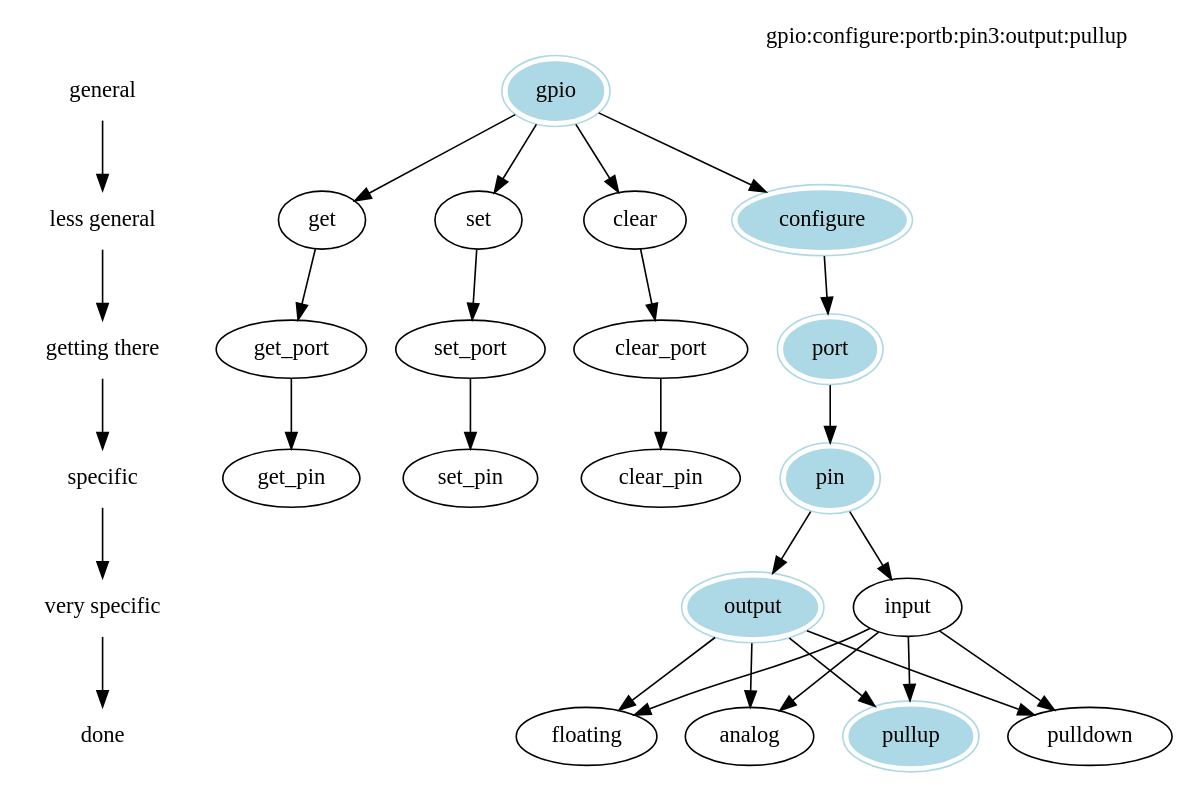
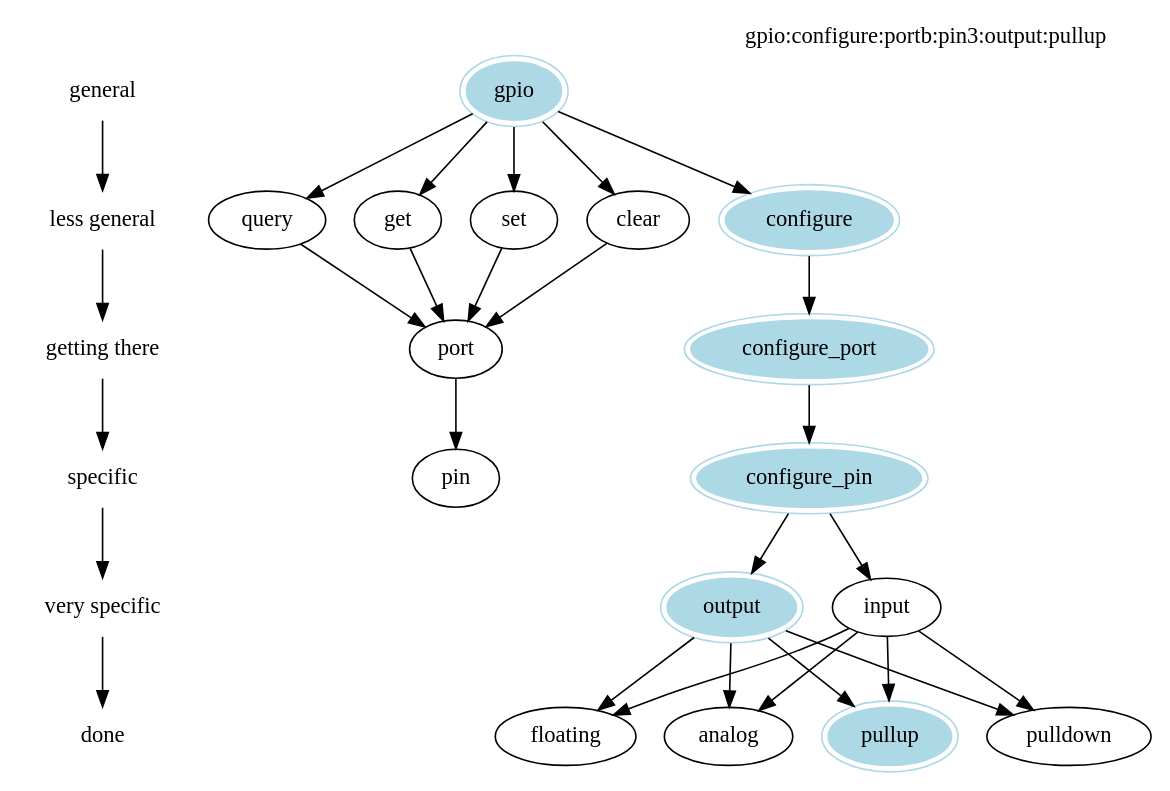
Before and after one commit to marionette-daq/marionette-firmware: the diagram in Doc/fetch_gpio_example.dot, drawn with Graphviz. The commit also changed 16 other files, not shown here.

Commit message:
query command documentation and all modules now use io_manage functions for port configuration.

```diff
--- a/Doc/fetch_gpio_example.dot
+++ b/Doc/fetch_gpio_example.dot
@@ -1,39 +1,39 @@
 digraph Fetch {
         graph [fontname="lucidasans-bold-14"];
         node [fontname="lucidasans-bold-14"];
 	{
 		node [shape = plaintext]
 		general -> "less general" -> "getting there" -> specific -> "very specific" -> done
 	}
 	gpio   -> get;
 	gpio   -> set;
 	gpio   -> clear;
+	gpio   -> query;
 	gpio   -> configure;
-	clear -> clear_port;
-	clear_port -> clear_pin;
-	get -> get_port;
-	get_port -> get_pin;
-	set -> set_port;
-	set_port -> set_pin;
-	configure -> port;
-	port -> pin;
-	pin -> output;	
-	pin -> input;	
+	clear  -> port;
+	get    -> port;
+	set    -> port;
+	query  -> port;
+	port   -> pin;
+	configure -> configure_port;
+	configure_port -> configure_pin;
+	configure_pin -> output;	
+	configure_pin -> input;	
 	output -> pullup;
 	output -> pulldown;
 	output -> floating;
 	output -> analog;
 	input -> pullup;
 	input -> pulldown;
 	input -> floating;
 	input -> analog;
 	gpio [color=lightblue, peripheries=2, style=filled];
 	configure [color=lightblue, peripheries=2, style=filled];
-	port [color=lightblue, peripheries=2, style=filled];
-	pin [color=lightblue, peripheries=2, style=filled];
+	configure_port [color=lightblue, peripheries=2, style=filled];
+	configure_pin [color=lightblue, peripheries=2, style=filled];
 	output [color=lightblue, peripheries=2, style=filled];
 	pullup [color=lightblue, peripheries=2, style=filled];
 	label="gpio:configure:portb:pin3:output:pullup"
   	labelloc=top;
   	labeljust=right;
 }
```
